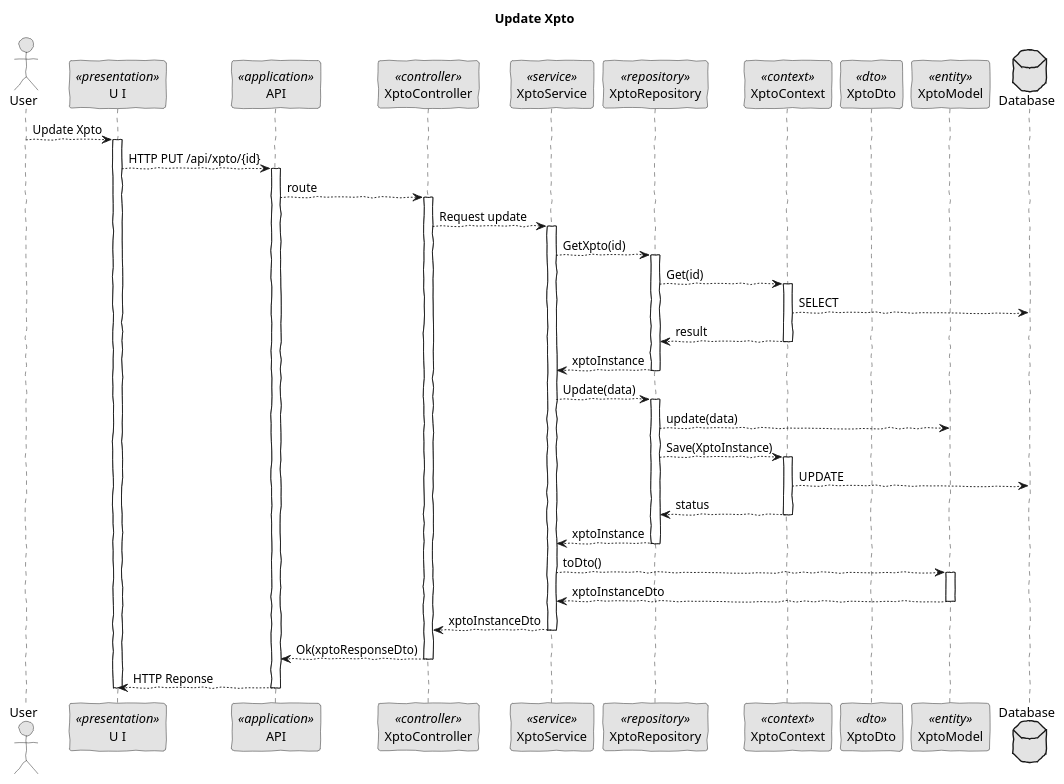
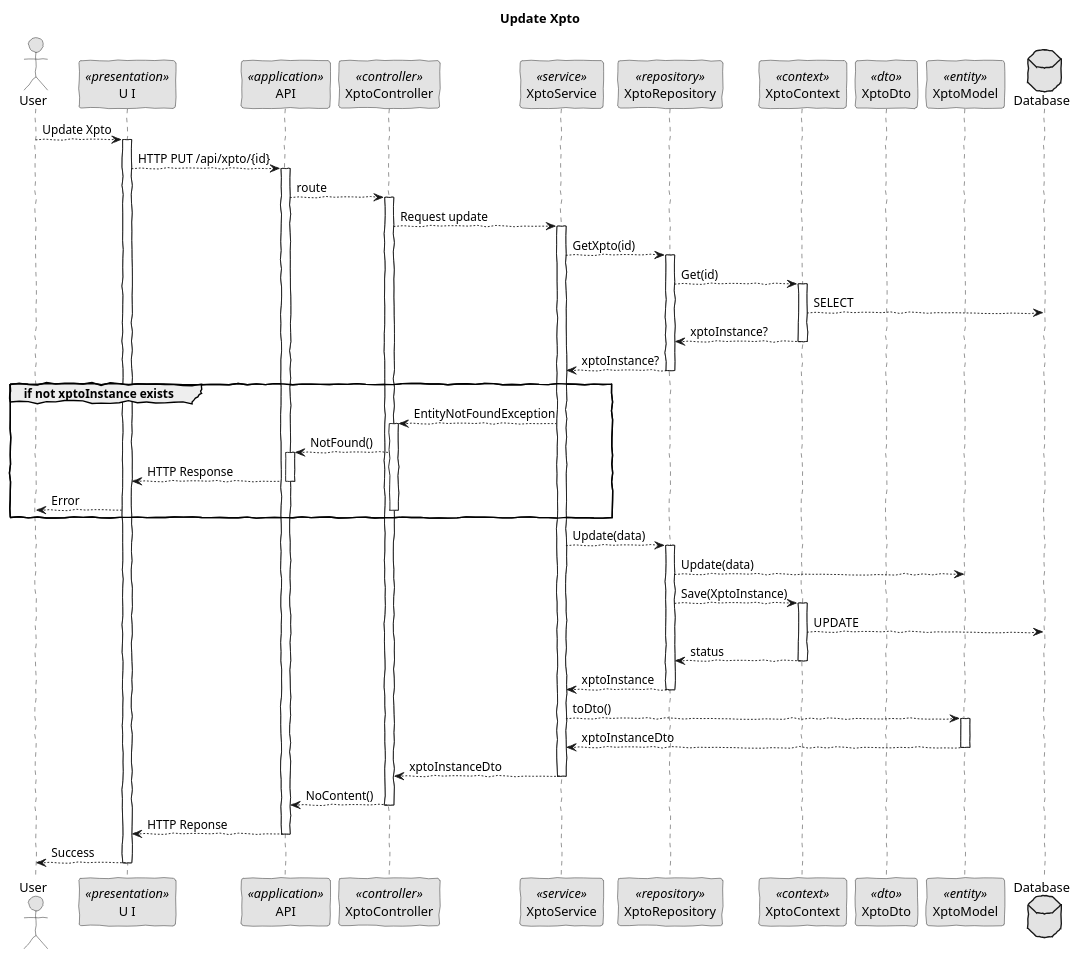
The diagram in docs/sprint_1/global_artifacts/generic_diagrams/sequence_diagram_put.puml (BernasDzn/portit), drawn with PlantUML before and after one commit. The commit also changed 9 other files, not shown here.

```diff
--- a/docs/sprint_1/global_artifacts/generic_diagrams/sequence_diagram_put.puml
+++ b/docs/sprint_1/global_artifacts/generic_diagrams/sequence_diagram_put.puml
@@ -1,77 +1,89 @@
 @startuml
 skinparam handwritten true
 skinparam monochrome true
 skinparam packageStyle rect
 skinparam defaultFontName FG Virgil
 skinparam shadowing false
 
 actor User as Actor
 participant "U I" as UI <<presentation>>
 participant API as API <<application>>
 participant XptoController as Controller <<controller>>
 participant XptoService as Service <<service>>
 participant XptoRepository as Repository <<repository>>
 participant XptoContext as Context <<context>>
 participant XptoDto as Dto <<dto>>
 participant XptoModel as Model <<entity>>
 database Database
 
 title Update Xpto
 
 Actor --> UI: Update Xpto
 activate UI
 
     UI --> API: HTTP PUT /api/xpto/{id}
 
     activate API
 
         API --> Controller: route
         activate Controller
 
             Controller --> Service: Request update
             activate Service
 
                 Service --> Repository: GetXpto(id)
                 activate Repository
                 
                     Repository --> Context: Get(id)
 
                     activate Context
                         Context --> Database: SELECT
-                        Context --> Repository: result
+                        Context --> Repository: xptoInstance?
                     deactivate Context
 
-                    Repository --> Service: xptoInstance
+                    Repository --> Service: xptoInstance?
                 deactivate Repository
+
+                group if not xptoInstance exists
+                    Service --> Controller: EntityNotFoundException 
+                    activate Controller
+                        Controller --> API: NotFound()
+                        activate API
+                            API --> UI: HTTP Response
+                        deactivate API
+                        UI --> Actor: Error
+                    deactivate Controller
+                end
 
                 Service --> Repository: Update(data)
                 activate Repository
                 
-                    Repository --> Model: update(data)
+                    Repository --> Model: Update(data)
                     Repository --> Context: Save(XptoInstance)
 
                     activate Context
                         Context --> Database: UPDATE
                         Context --> Repository: status
                     deactivate Context
 
                     Repository --> Service: xptoInstance
                 deactivate Repository
 
                 Service --> Model: toDto()
                 activate Model
                     Model --> Service: xptoInstanceDto
                 deactivate Model
 
                 Service --> Controller: xptoInstanceDto
             deactivate Service
 
-            Controller --> API: Ok(xptoResponseDto)
+            Controller --> API: NoContent()
         deactivate Controller
 
         API --> UI: HTTP Reponse
     deactivate API
 
+UI --> Actor: Success
 deactivate UI
             
 @enduml
```
